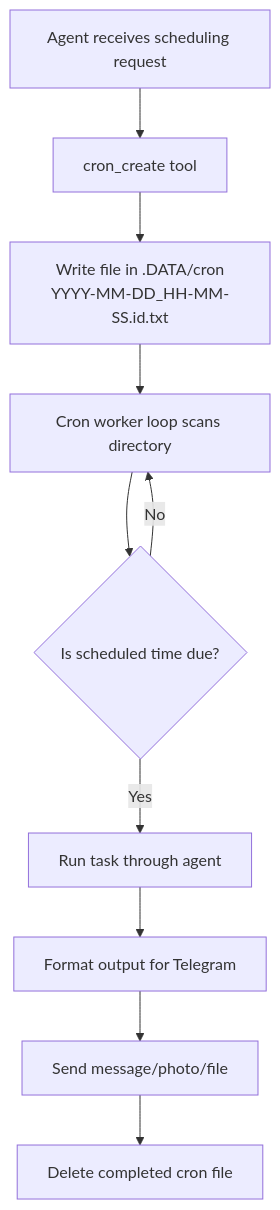
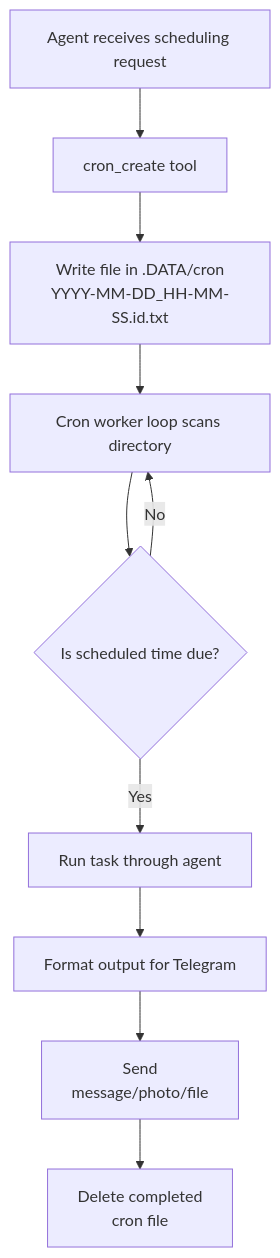
Before and after one commit to alaminkouser/website: the third of 3 diagrams in docs/source/ai-agent/index.md, drawn with Mermaid.

Commit message:
docs: add line breaks to Telegram workflow labels in AI agent documentation

````diff
--- a/docs/source/ai-agent/index.md
+++ b/docs/source/ai-agent/index.md
@@ -187,12 +187,12 @@
 ```mermaid
 flowchart TD
     A[Agent receives scheduling request] --> B[cron_create tool]
     B --> C[Write file in .DATA/cron<br/>YYYY-MM-DD_HH-MM-SS.id.txt]
     C --> D[Cron worker loop scans directory]
     D --> E{Is scheduled time due?}
     E -- No --> D
     E -- Yes --> F[Run task through agent]
     F --> G[Format output for Telegram]
-    G --> H[Send message/photo/file]
-    H --> I[Delete completed cron file]
+    G --> H[Send<br/>message/photo/file]
+    H --> I[Delete completed<br/>cron file]
 ```
````
